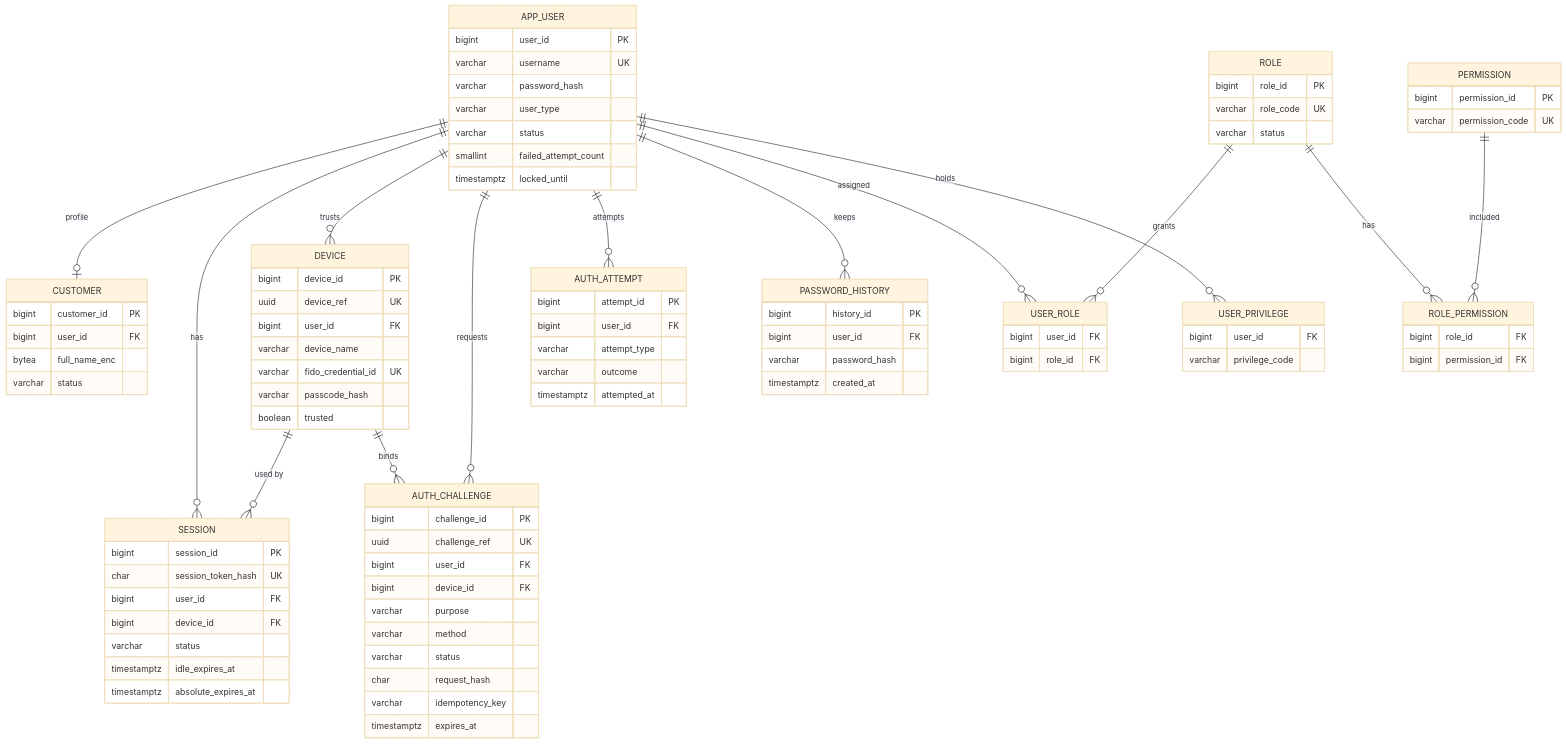
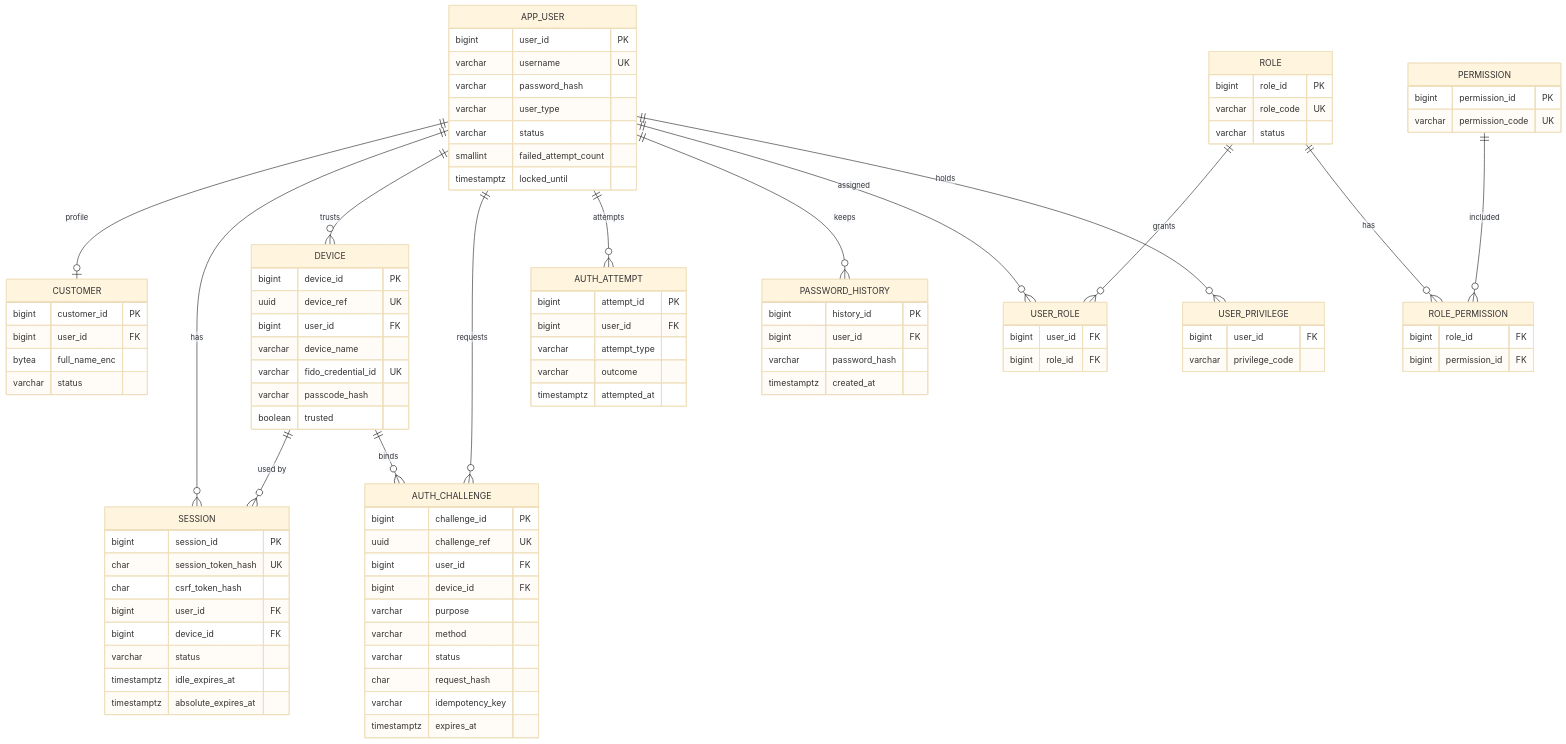
Before and after one commit to TNoLisme/cloude: the third of 7 diagrams in digitalbanking-docs/docs-common/04. Database design & analysis.md, drawn with Mermaid (base theme). The commit also changed other lines of this file and 110 other files, not shown here.

```diff
--- a/digitalbanking-docs/docs-common/04. Database design & analysis.md
+++ b/digitalbanking-docs/docs-common/04. Database design & analysis.md
@@ -346,6 +351,7 @@
     SESSION {
         bigint session_id PK
         char session_token_hash UK
+        char csrf_token_hash
         bigint user_id FK
         bigint device_id FK
         varchar status
```
